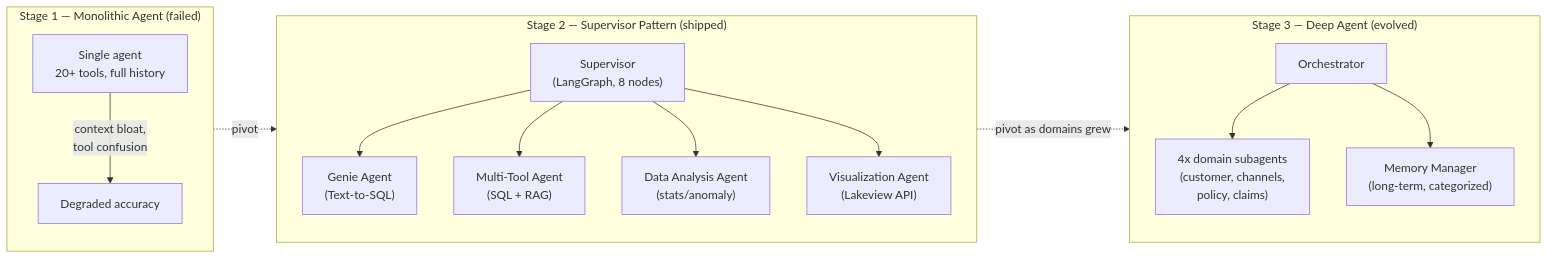
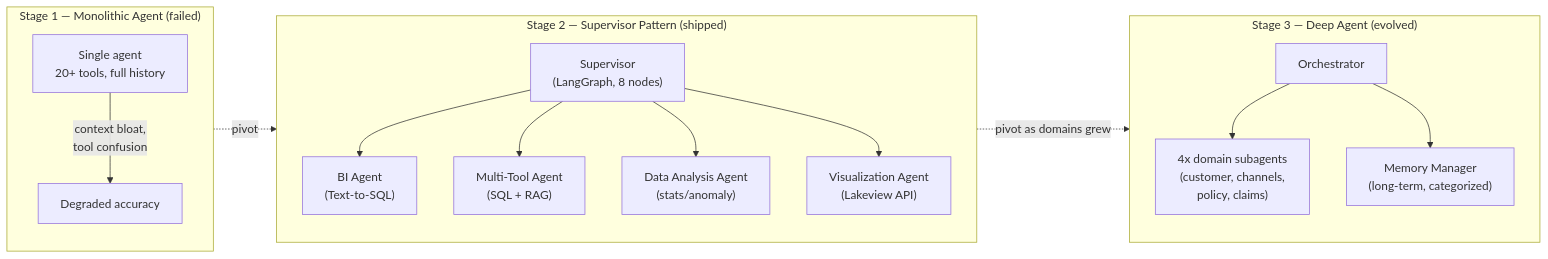
One commit to Sourav692/Forward-Deployed-Engineer-Interview-Prep changed the diagram in site/content/learn/agentic-systems/multi-agent-systems/from-supervisor-to-deep-agent.md. Above: the diagram before and after it, drawn with Mermaid. The commit also changed other lines of this file and 45 other files, not shown here.

````diff
--- a/site/content/learn/agentic-systems/multi-agent-systems/from-supervisor-to-deep-agent.md
+++ b/site/content/learn/agentic-systems/multi-agent-systems/from-supervisor-to-deep-agent.md
@@ -27,18 +27,18 @@
 ```mermaid
 flowchart LR
     subgraph S1["Stage 1 — Monolithic Agent (failed)"]
         A1["Single agent<br/>20+ tools, full history"] -->|context bloat,<br/>tool confusion| A2["Degraded accuracy"]
     end
     subgraph S2["Stage 2 — Supervisor Pattern (shipped)"]
-        B1["Supervisor<br/>(LangGraph, 8 nodes)"] --> B2["Genie Agent<br/>(Text-to-SQL)"]
+        B1["Supervisor<br/>(LangGraph, 8 nodes)"] --> B2["BI Agent<br/>(Text-to-SQL)"]
         B1 --> B3["Multi-Tool Agent<br/>(SQL + RAG)"]
         B1 --> B4["Data Analysis Agent<br/>(stats/anomaly)"]
         B1 --> B5["Visualization Agent<br/>(Lakeview API)"]
     end
     subgraph S3["Stage 3 — Deep Agent (evolved)"]
         C1["Orchestrator"] --> C2["4x domain subagents<br/>(customer, channels,<br/>policy, claims)"]
         C1 --> C3["Memory Manager<br/>(long-term, categorized)"]
     end
     S1 -.pivot.-> S2
     S2 -.pivot as domains grew.-> S3
 ```
````
